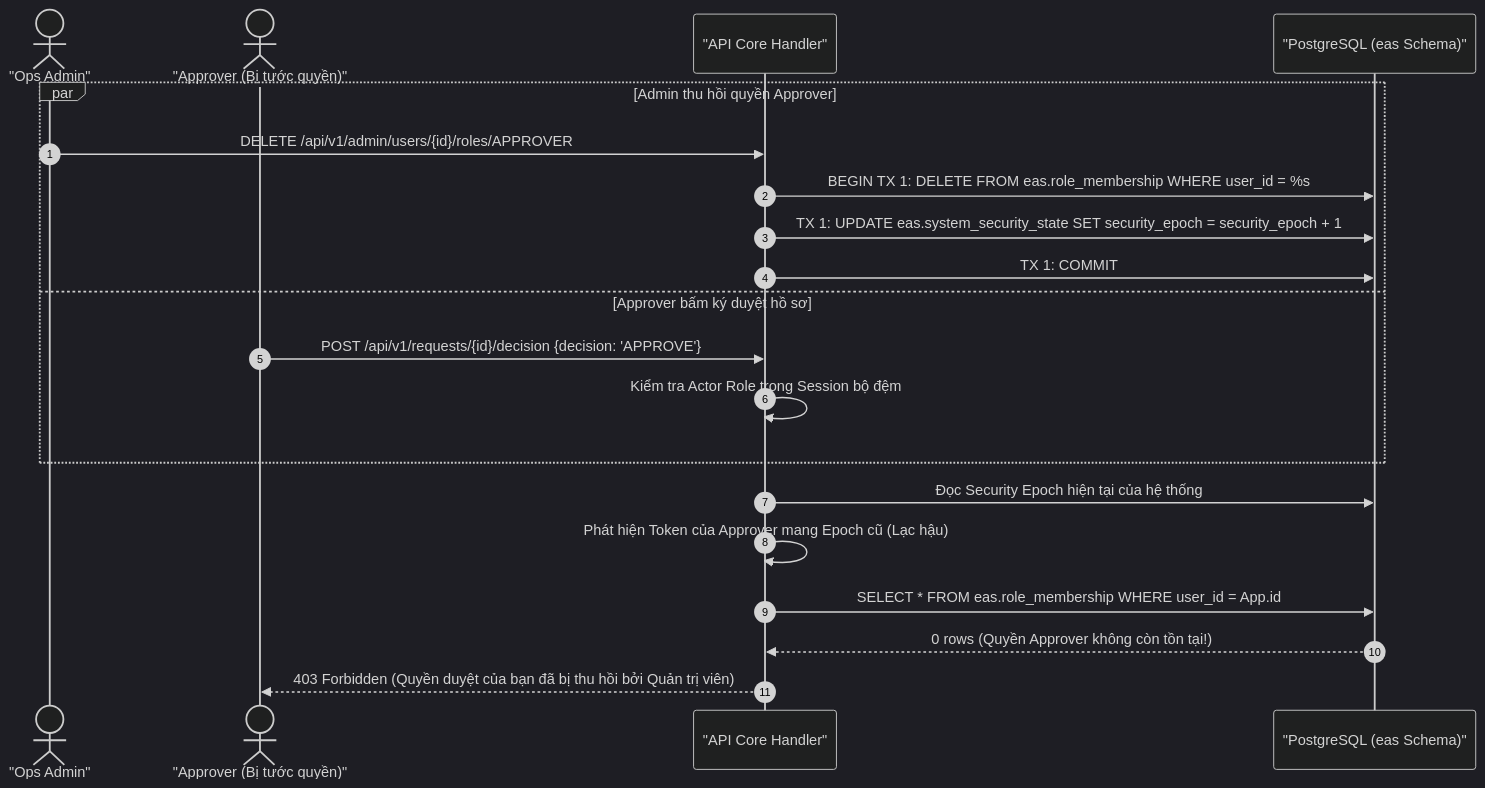
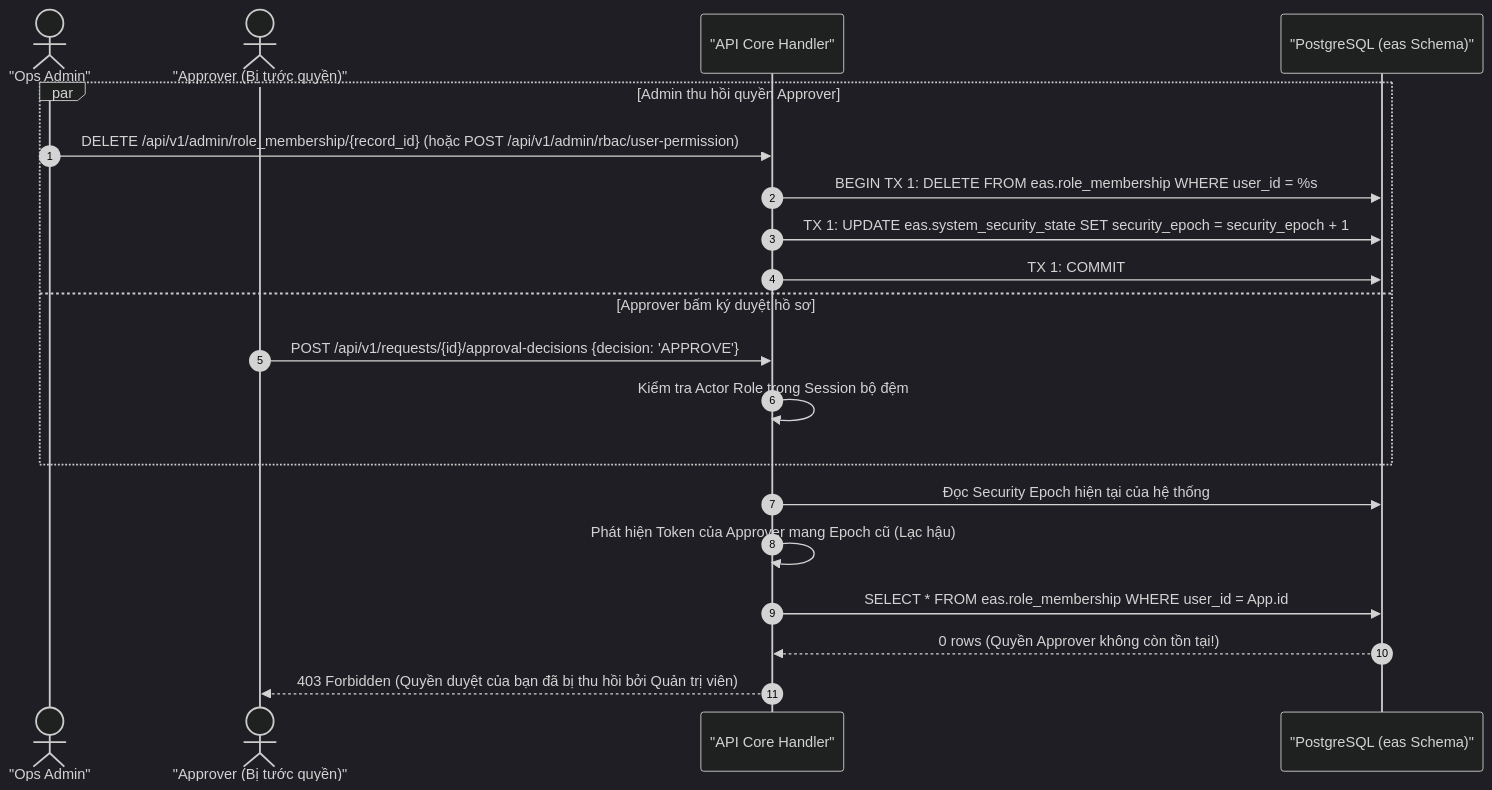
Before and after one commit to PhanQuangHuy2310/DATN: diagram 22 of 22 in workspace/analysis_design/04_SO_DO_SEQUENCE.md, drawn with Mermaid (dark theme). The commit also changed other lines of this file and 176 other files, not shown here.

First line of the commit message:
feat: external systems via API, schema v2, security fixes and E2E-verified UI

````diff
--- a/workspace/analysis_design/04_SO_DO_SEQUENCE.md
+++ b/workspace/analysis_design/04_SO_DO_SEQUENCE.md
@@ -793,24 +792,24 @@
 ```mermaid
 sequenceDiagram
     autonumber
     actor Admin as "Ops Admin"
     actor App as "Approver (Bị tước quyền)"
     participant Core as "API Core Handler"
     participant DB as "PostgreSQL (eas Schema)"
 
     par Admin thu hồi quyền Approver
-        Admin->>Core: DELETE /api/v1/admin/users/{id}/roles/APPROVER
+        Admin->>Core: DELETE /api/v1/admin/role_membership/{record_id} (hoặc POST /api/v1/admin/rbac/user-permission)
         Core->>DB: BEGIN TX 1: DELETE FROM eas.role_membership WHERE user_id = %s
         Core->>DB: TX 1: UPDATE eas.system_security_state SET security_epoch = security_epoch + 1
         Core->>DB: TX 1: COMMIT
     and Approver bấm ký duyệt hồ sơ
-        App->>Core: POST /api/v1/requests/{id}/decision {decision: 'APPROVE'}
+        App->>Core: POST /api/v1/requests/{id}/approval-decisions {decision: 'APPROVE'}
         Core->>Core: Kiểm tra Actor Role trong Session bộ đệm
     end
 
     Core->>DB: Đọc Security Epoch hiện tại của hệ thống
     Core->>Core: Phát hiện Token của Approver mang Epoch cũ (Lạc hậu)
     Core->>DB: SELECT * FROM eas.role_membership WHERE user_id = App.id
     DB-->>Core: 0 rows (Quyền Approver không còn tồn tại!)
     Core-->>App: 403 Forbidden (Quyền duyệt của bạn đã bị thu hồi bởi Quản trị viên)
 ```
````
